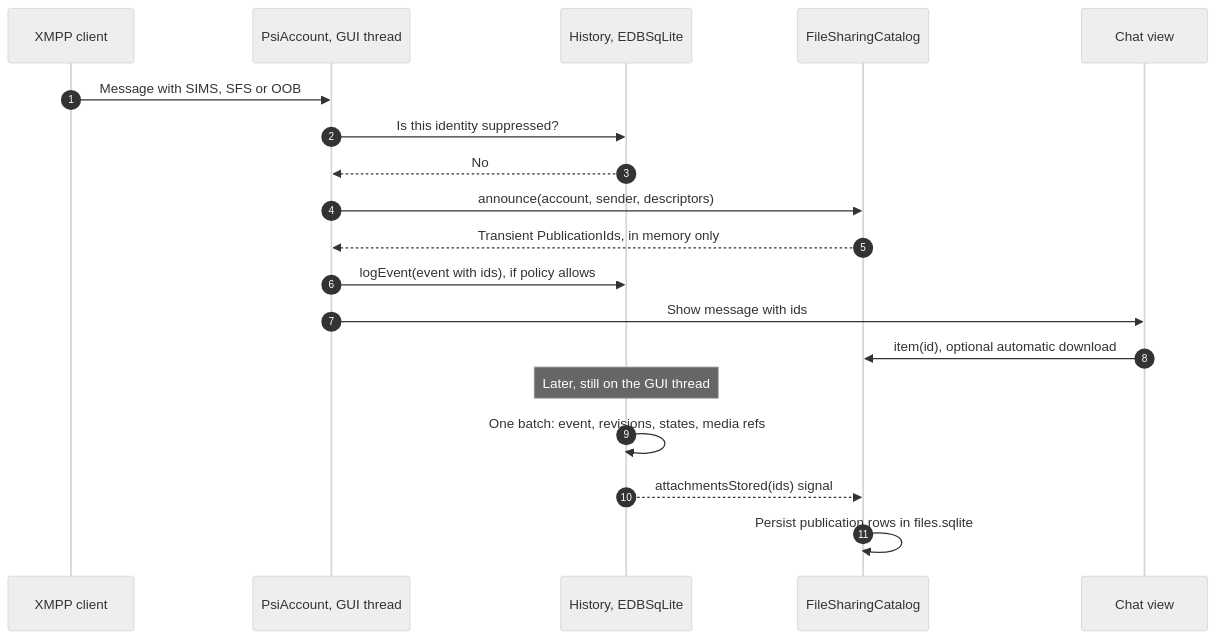
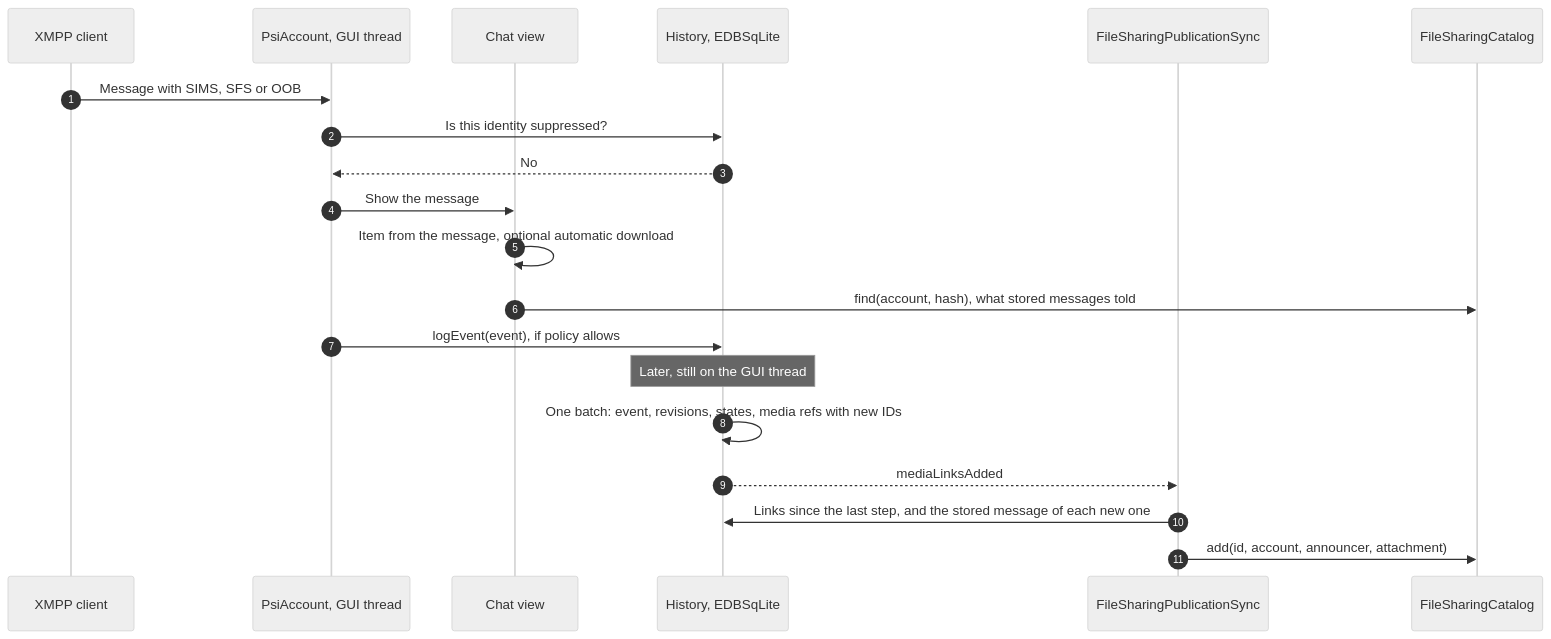
One commit to psi-im/psi changed the third of 8 diagrams in docs/local-message-deletion-design.md. Above: the diagram before and after it, drawn with Mermaid (neutral theme). The commit also changed other lines of this file, not shown here.

First line of the commit message:
Align the shared file design with what stage 2 delivers

````diff
--- a/docs/local-message-deletion-design.md
+++ b/docs/local-message-deletion-design.md
@@ -295,22 +317,23 @@
 ```mermaid
 sequenceDiagram
     autonumber
     participant X as XMPP client
     participant A as PsiAccount, GUI thread
+    participant V as Chat view
     participant H as History, EDBSqLite
+    participant S as FileSharingPublicationSync
     participant C as FileSharingCatalog
-    participant V as Chat view
 
     X->>A: Message with SIMS, SFS or OOB
     A->>H: Is this identity suppressed?
     H-->>A: No
-    A->>C: announce(account, sender, descriptors)
-    C-->>A: Transient PublicationIds, in memory only
-    A->>H: logEvent(event with ids), if policy allows
-    A->>V: Show message with ids
-    V->>C: item(id), optional automatic download
+    A->>V: Show the message
+    V->>V: Item from the message, optional automatic download
+    V->>C: find(account, hash), what stored messages told
+    A->>H: logEvent(event), if policy allows
     Note over H: Later, still on the GUI thread
-    H->>H: One batch: event, revisions, states, media refs
-    H-->>C: attachmentsStored(ids) signal
-    C->>C: Persist publication rows in files.sqlite
+    H->>H: One batch: event, revisions, states, media refs with new IDs
+    H-->>S: mediaLinksAdded
+    S->>H: Links since the last step, and the stored message of each new one
+    S->>C: add(id, account, announcer, attachment)
 ```
````
